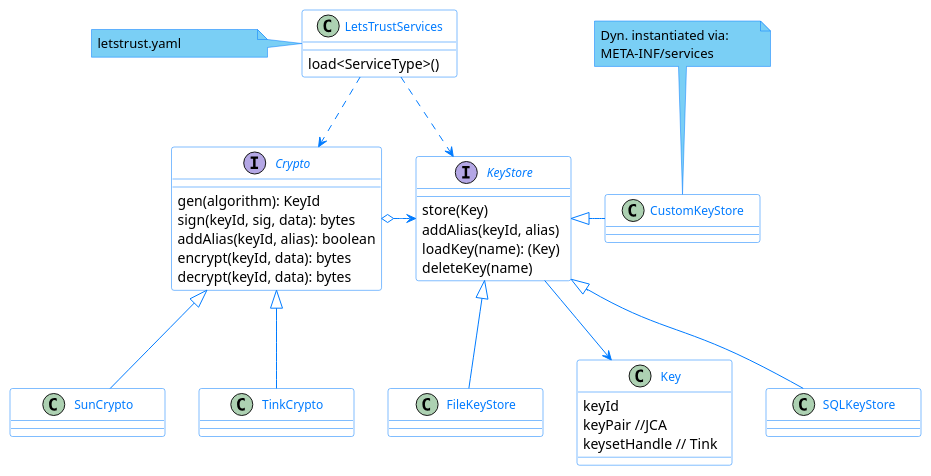
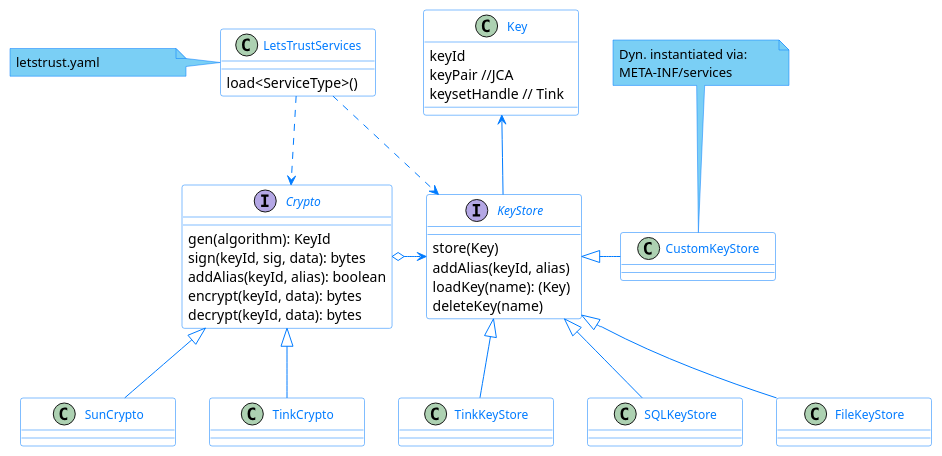
Before and after one commit to walt-id/waltid-ssikit: the diagram in docs/architecture-crypto-and-keymanagement.puml, drawn with PlantUML. The commit also changed 14 other files, not shown here.

```diff
--- a/docs/architecture-crypto-and-keymanagement.puml
+++ b/docs/architecture-crypto-and-keymanagement.puml
@@ -1,88 +1,90 @@
 @startuml
 'https://plantuml.com/class-diagram
 
 skinparam classFontColor 007BFF
 skinparam classFontSize 12
 skinparam classFontName Aapex
 skinparam backgroundColor white
 skinparam minClassWidth 155
 skinparam nodesep 34
 skinparam ranksep 70
 
 skinparam class {
 BorderColor 007BFF
 ArrowColor 007BFF
 BackgroundColor white
 }
 
 skinparam interface {
 BorderColor 007BFF
 ArrowColor 007BFF
 }
 
 skinparam note {
 BorderColor 007BFF
 BackgroundColor 7ACFF5
 }
 
 note as ConfNote
   letstrust.yaml
 end note
 
 class LetsTrustServices {
 load<ServiceType>()
 }
 
 ConfNote -right- LetsTrustServices
 
 LetsTrustServices ..> Crypto
 LetsTrustServices ..> KeyStore
 
 interface Crypto  {
 gen(algorithm): KeyId
 sign(keyId, sig, data): bytes
 addAlias(keyId, alias): boolean
 encrypt(keyId, data): bytes
 decrypt(keyId, data): bytes
 }
 
 interface KeyStore {
 store(Key)
 addAlias(keyId, alias)
 loadKey(name): (Key)
 deleteKey(name)
 }
 
 class Key {
 keyId
 keyPair //JCA
 keysetHandle // Tink
 }
 
-KeyStore --> Key
+KeyStore -up-> Key
 
 class SQLKeyStore  {}
 class FileKeyStore  {}
+class TinkKeyStore  {}
 class CustomKeyStore  {}
 
 note as CustomKeyStoreNote
   Dyn. instantiated via:
   META-INF/services
 end note
 
 CustomKeyStoreNote --> CustomKeyStore
 
 KeyStore <|-right- CustomKeyStore
 KeyStore <|-- SQLKeyStore
 KeyStore <|-- FileKeyStore
+KeyStore <|-- TinkKeyStore
 
 
 Crypto <|-- SunCrypto
 Crypto <|-- TinkCrypto
 
 Crypto o-right-> KeyStore
 
 
 
 
 @enduml
```
